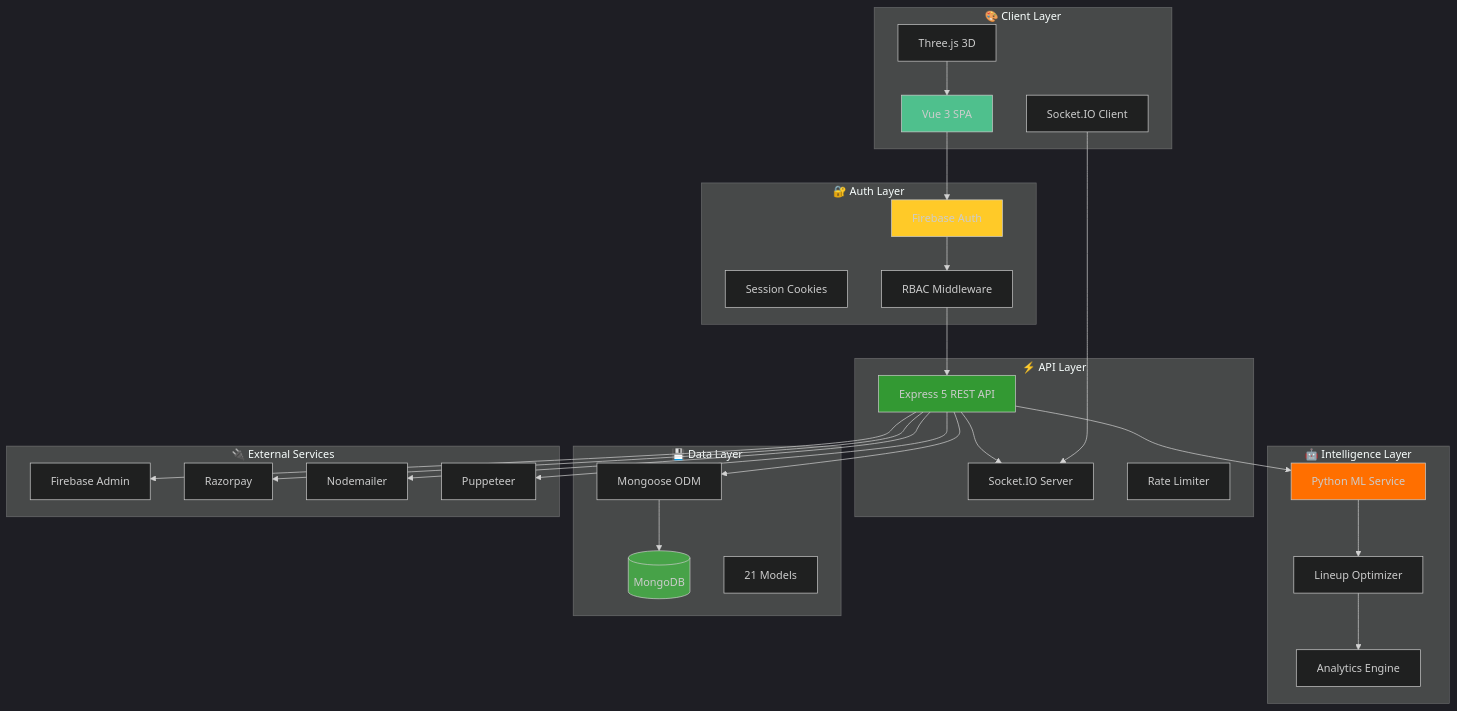
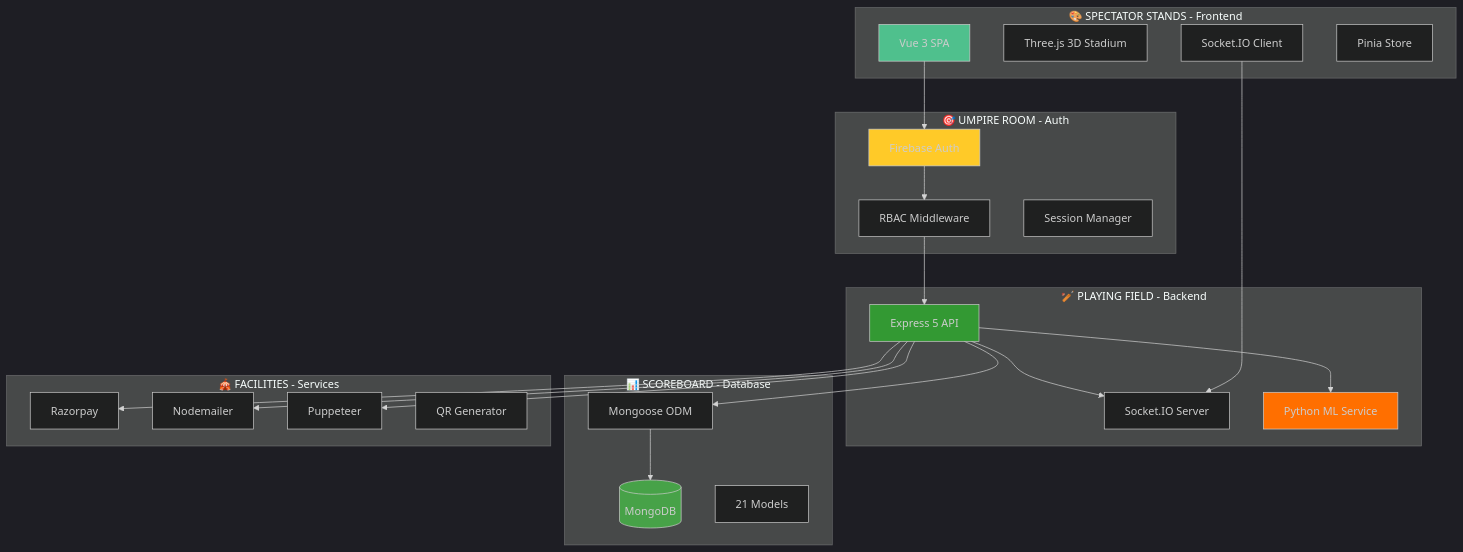
Before and after one commit to jamesvarghese7/Crickarena: the third of 6 diagrams in README.md, drawn with Mermaid. The commit also changed other lines of this file, not shown here.

````diff
--- a/README.md
+++ b/README.md
@@ -355,62 +430,53 @@
 ```mermaid
 %%{init: {'theme':'dark'}}%%
 graph TB
-    subgraph "🎨 Client Layer"
+    subgraph "🎨 SPECTATOR STANDS - Frontend"
         A[Vue 3 SPA]
-        B[Three.js 3D]
+        B[Three.js 3D Stadium]
         C[Socket.IO Client]
+        D[Pinia Store]
     end
     
-    subgraph "🔐 Auth Layer"
-        D[Firebase Auth]
-        E[Session Cookies]
-        F[RBAC Middleware]
+    subgraph "🏏 PLAYING FIELD - Backend"
+        E[Express 5 API]
+        F[Socket.IO Server]
+        G[Python ML Service]
     end
     
-    subgraph "⚡ API Layer"
-        G[Express 5 REST API]
-        H[Socket.IO Server]
-        I[Rate Limiter]
+    subgraph "🎯 UMPIRE ROOM - Auth"
+        H[Firebase Auth]
+        I[RBAC Middleware]
+        J[Session Manager]
     end
     
-    subgraph "🤖 Intelligence Layer"
-        J[Python ML Service]
-        K[Lineup Optimizer]
-        L[Analytics Engine]
+    subgraph "📊 SCOREBOARD - Database"
+        K[(MongoDB)]
+        L[Mongoose ODM]
+        M[21 Models]
     end
     
-    subgraph "💾 Data Layer"
-        M[(MongoDB)]
-        N[Mongoose ODM]
-        O[21 Models]
+    subgraph "🎪 FACILITIES - Services"
+        N[Razorpay]
+        O[Nodemailer]
+        P[Puppeteer]
+        Q[QR Generator]
     end
     
-    subgraph "🔌 External Services"
-        P[Firebase Admin]
-        Q[Razorpay]
-        R[Nodemailer]
-        S[Puppeteer]
-    end
-    
-    A --> D
-    D --> F
-    F --> G
-    G --> N
-    N --> M
-    G --> H
-    G --> J
-    J --> K
-    K --> L
-    G --> P
-    G --> Q
-    G --> R
-    G --> S
-    C --> H
-    B --> A
+    A --> H
+    H --> I
+    I --> E
+    E --> L
+    L --> K
+    E --> F
+    E --> G
+    C --> F
+    E --> N
+    E --> O
+    E --> P
     
     style A fill:#4FC08D
-    style G fill:#339933
-    style M fill:#47A248
-    style J fill:#FF6F00
-    style D fill:#FFCA28
+    style E fill:#339933
+    style K fill:#47A248
+    style G fill:#FF6F00
+    style H fill:#FFCA28
 ```
````
